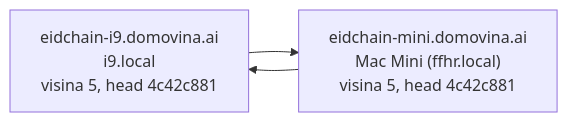
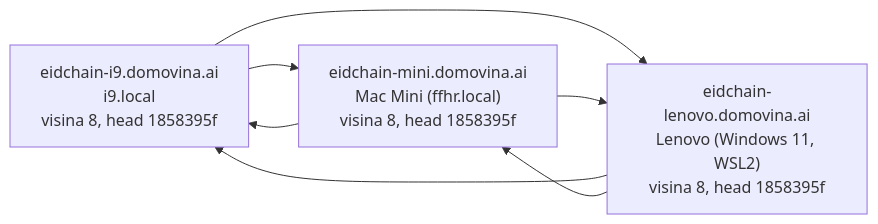
One commit to stepanic/eidchain changed the first of 2 diagrams in docs/chain-map.md. Above: the diagram before and after it, drawn with Mermaid. The commit also changed other lines of this file and 3 other files, not shown here.

First line of the commit message:
docs: Lenovo u WSL2 je treći javni čvor i registrirani eID validator

````diff
--- a/docs/chain-map.md
+++ b/docs/chain-map.md
@@ -15,7 +15,12 @@
 ```mermaid
 flowchart LR
-  https___eidchain_i9_domovina_ai_chain["eidchain-i9.domovina.ai<br/>i9.local<br/>visina 5, head 4c42c881"]
-  https___eidchain_mini_domovina_ai_chain["eidchain-mini.domovina.ai<br/>Mac Mini (ffhr.local)<br/>visina 5, head 4c42c881"]
+  https___eidchain_i9_domovina_ai_chain["eidchain-i9.domovina.ai<br/>i9.local<br/>visina 8, head 1858395f"]
+  https___eidchain_mini_domovina_ai_chain["eidchain-mini.domovina.ai<br/>Mac Mini (ffhr.local)<br/>visina 8, head 1858395f"]
+  https___eidchain_lenovo_domovina_ai_chain["eidchain-lenovo.domovina.ai<br/>Lenovo (Windows 11, WSL2)<br/>visina 8, head 1858395f"]
   https___eidchain_i9_domovina_ai_chain --> https___eidchain_mini_domovina_ai_chain
+  https___eidchain_i9_domovina_ai_chain --> https___eidchain_lenovo_domovina_ai_chain
   https___eidchain_mini_domovina_ai_chain --> https___eidchain_i9_domovina_ai_chain
+  https___eidchain_mini_domovina_ai_chain --> https___eidchain_lenovo_domovina_ai_chain
+  https___eidchain_lenovo_domovina_ai_chain --> https___eidchain_i9_domovina_ai_chain
+  https___eidchain_lenovo_domovina_ai_chain --> https___eidchain_mini_domovina_ai_chain
 ```
````
